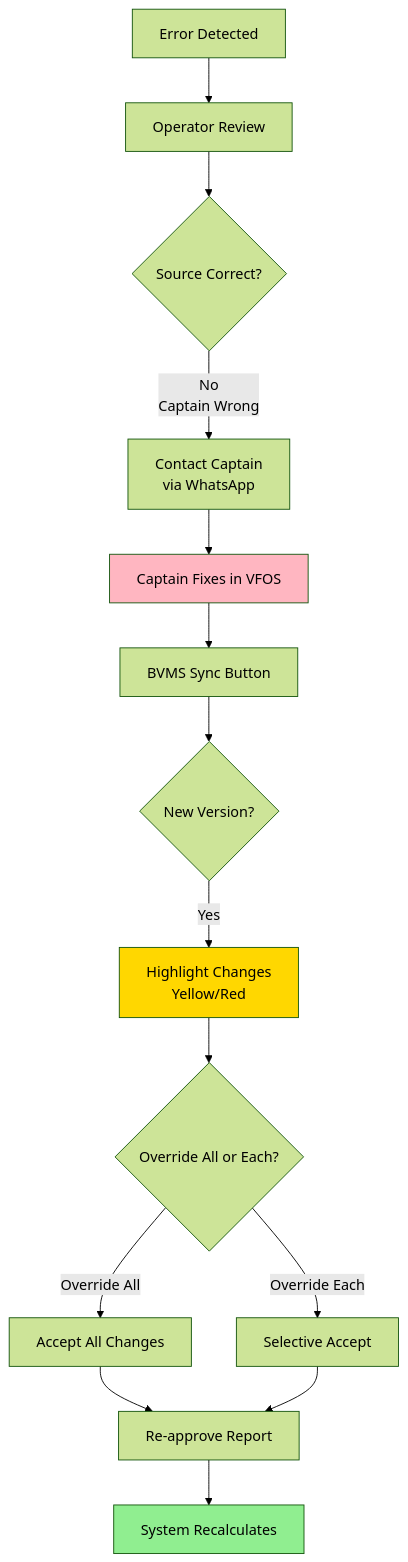
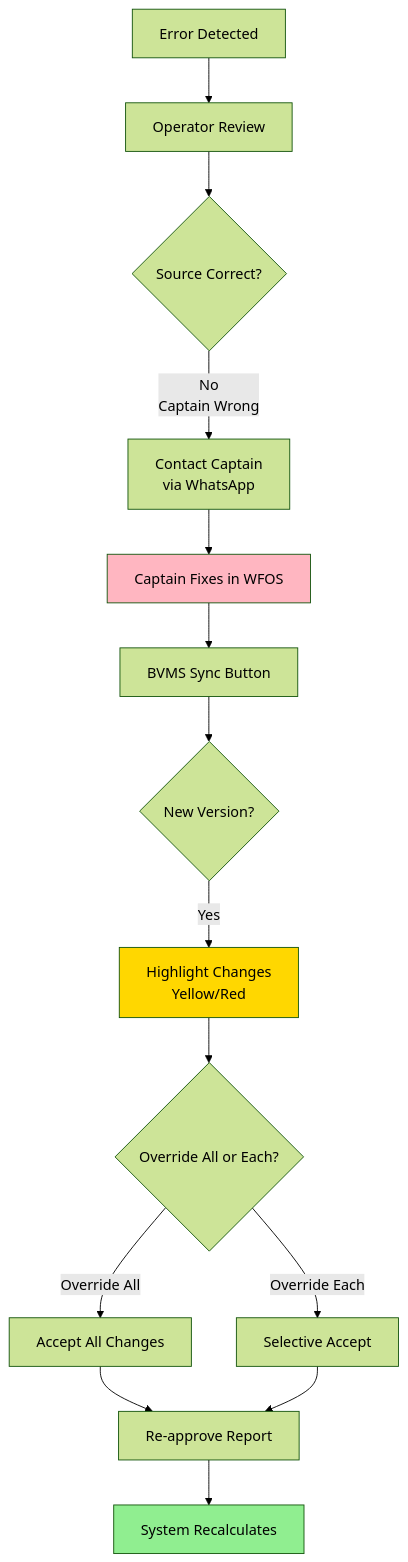
Diagram 17 of 22 in transcribe/VesselReport_Final_Documentation.md (NguyenPhamCode4You/ai-home-lab-docker-compose), drawn with Mermaid (forest theme) before and after one commit. The commit also changed other lines of this file, not shown here.

````diff
--- a/transcribe/VesselReport_Final_Documentation.md
+++ b/transcribe/VesselReport_Final_Documentation.md
@@ -843,24 +844,24 @@
 ```mermaid
 flowchart TD
     A[Error Detected] --> B[Operator Review]
     B --> C{Source Correct?}
 
     C -->|No<br/>Captain Wrong| D[Contact Captain<br/>via WhatsApp]
-    D --> E[Captain Fixes in VFOS]
+    D --> E[Captain Fixes in WFOS]
     E --> F[BVMS Sync Button]
     F --> G{New Version?}
 
     G -->|Yes| H[Highlight Changes<br/>Yellow/Red]
     H --> I{Override All or Each?}
 
     I -->|Override All| J[Accept All Changes]
     I -->|Override Each| K[Selective Accept]
 
     J --> L[Re-approve Report]
     K --> L
     L --> M[System Recalculates]
 
     style E fill:#FFB6C1
     style H fill:#FFD700
     style M fill:#90EE90
 ```
````
